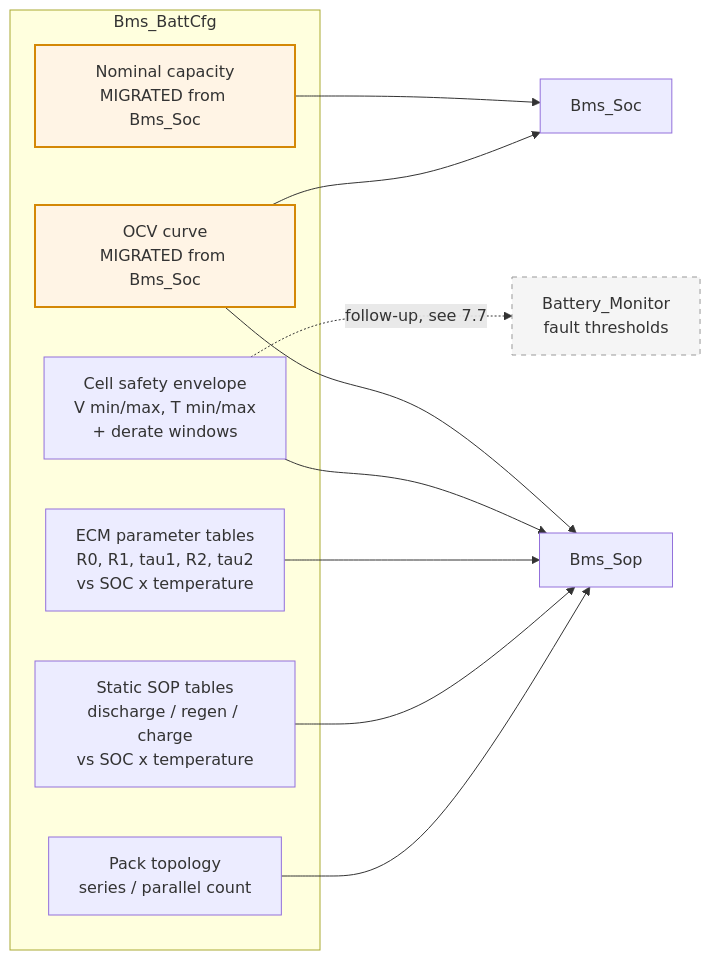
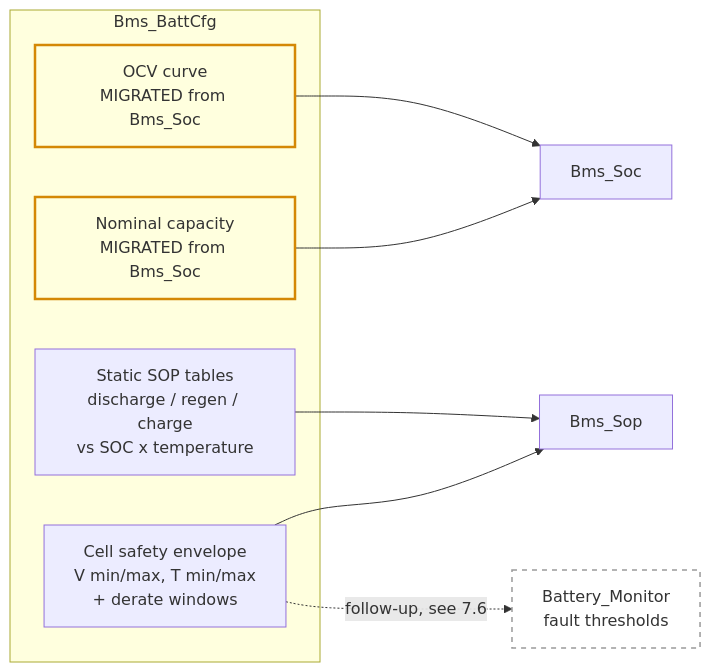
One commit to jsivolt/BMS_demo changed the third of 6 diagrams in src/battery/SOP_DESIGN.md. Above: the diagram before and after it, drawn with Mermaid. The commit also changed other lines of this file, not shown here.

````diff
--- a/src/battery/SOP_DESIGN.md
+++ b/src/battery/SOP_DESIGN.md
@@ -202,25 +191,20 @@
 ```mermaid
 flowchart LR
     subgraph cfg["Bms_BattCfg"]
-        TOPO["Pack topology<br/>series / parallel count"]
         CAP["Nominal capacity<br/>MIGRATED from Bms_Soc"]
         OCV["OCV curve<br/>MIGRATED from Bms_Soc"]
         ENV["Cell safety envelope<br/>V min/max, T min/max<br/>+ derate windows"]
-        ECMT["ECM parameter tables<br/>R0, R1, tau1, R2, tau2<br/>vs SOC x temperature"]
         SOPT["Static SOP tables<br/>discharge / regen / charge<br/>vs SOC x temperature"]
     end
 
     CAP --> SOCM["Bms_Soc"]
     OCV --> SOCM
-    OCV --> SOPM["Bms_Sop"]
-    ENV --> SOPM
-    ECMT --> SOPM
+    ENV --> SOPM["Bms_Sop"]
     SOPT --> SOPM
-    TOPO --> SOPM
-    ENV -.->|"follow-up, see 7.7"| BMM["Battery_Monitor<br/>fault thresholds"]
+    ENV -.->|"follow-up, see 7.6"| BMM["Battery_Monitor<br/>fault thresholds"]
 
-    classDef migrated fill:#fff4e5,stroke:#d48806,stroke-width:2px
-    classDef later fill:#f5f5f5,stroke:#999,stroke-dasharray:5
+    classDef migrated fill:transparent,stroke:#d48806,stroke-width:2.5px
+    classDef later fill:transparent,stroke:#9a9a9a,stroke-width:1.5px,stroke-dasharray:5
     class CAP,OCV migrated
     class BMM later
 ```
````
